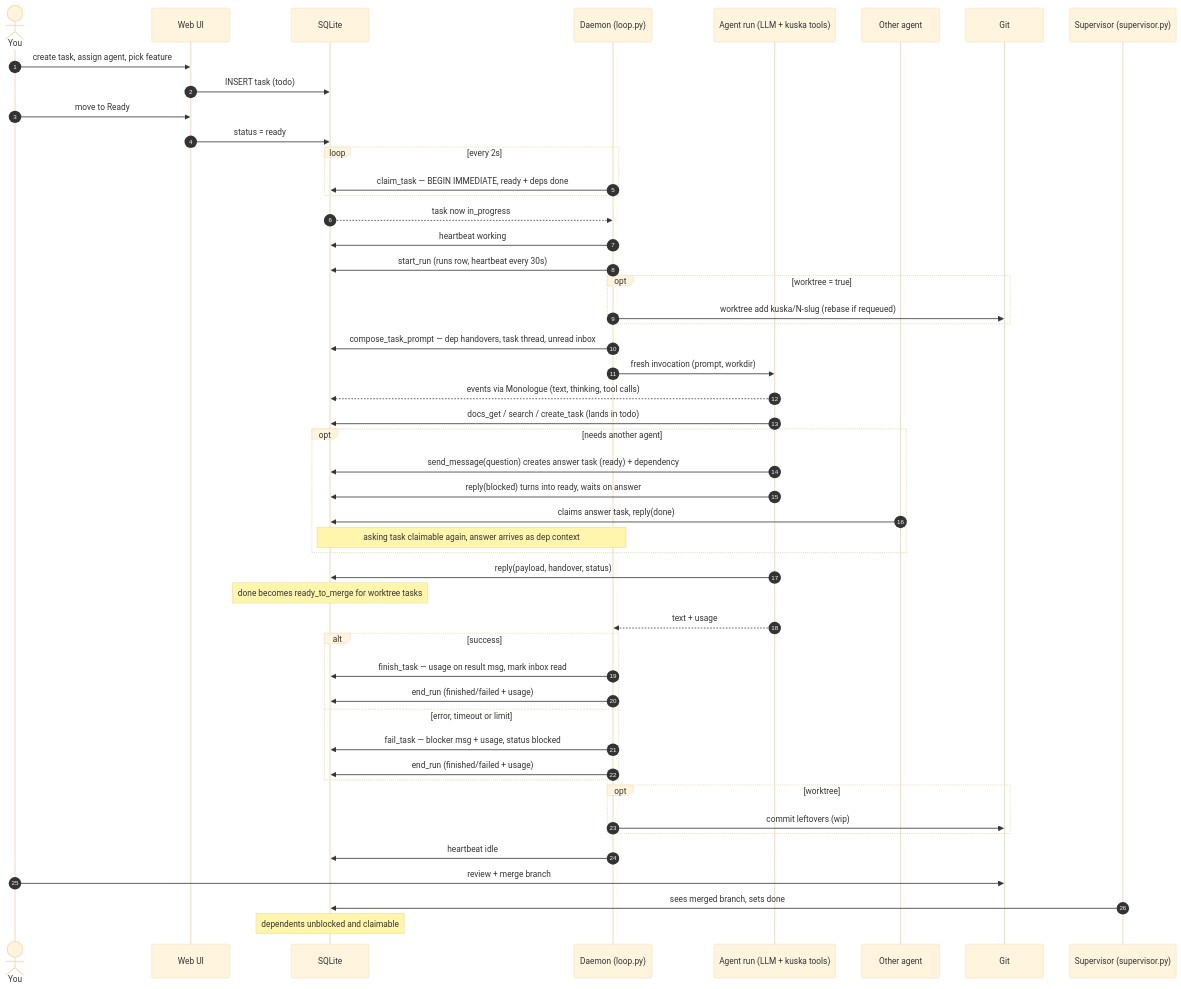
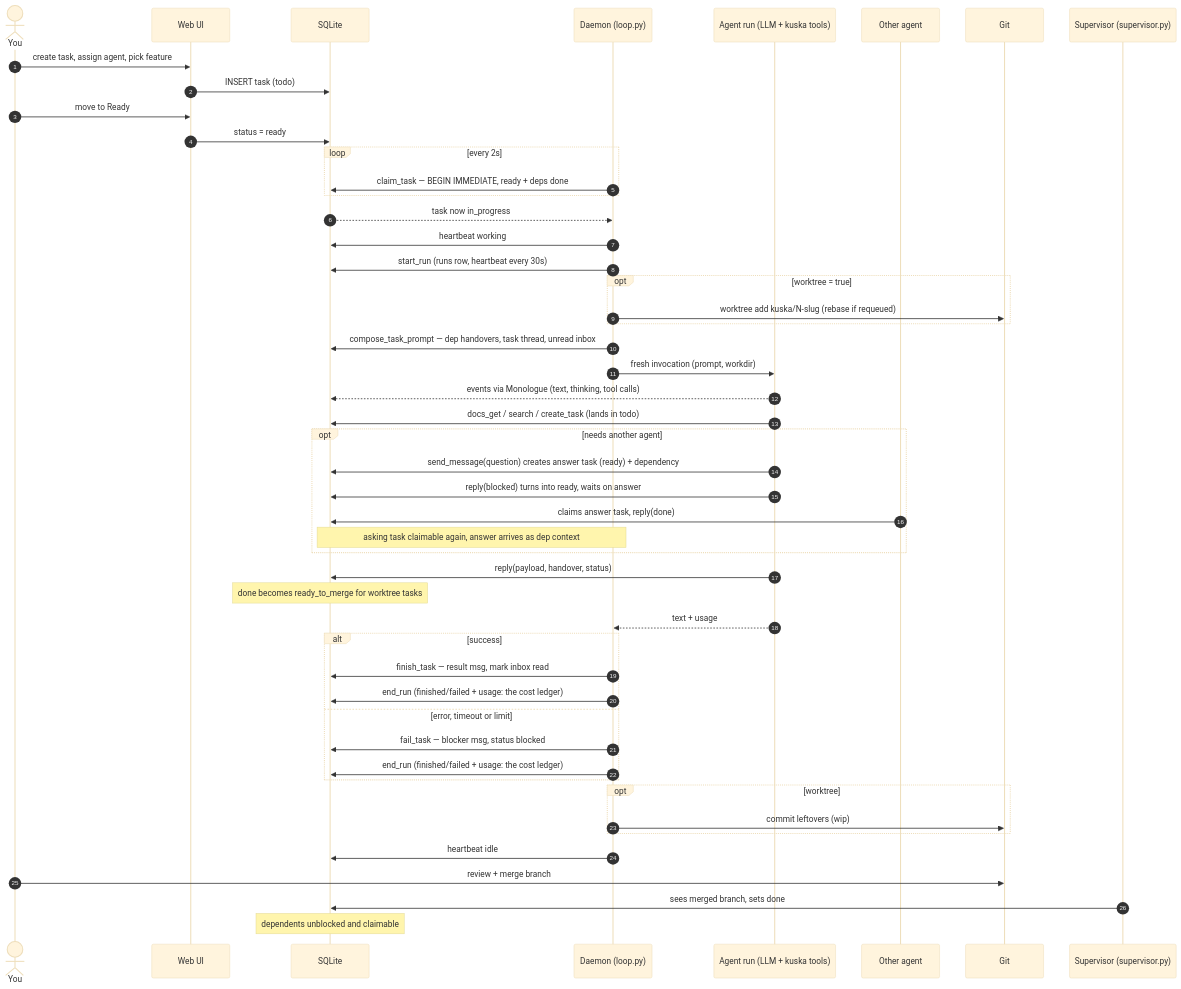
The first of 3 diagrams in docs/agents_flow.md (mberacochea/kuska), drawn with Mermaid (base theme) before and after one commit. The commit also changed other lines of this file and 13 other files, not shown here.

First line of the commit message:
Ledger: make runs the only cost ledger

````diff
--- a/docs/agents_flow.md
+++ b/docs/agents_flow.md
@@ -10,53 +10,53 @@
 ```mermaid
 sequenceDiagram
   autonumber
   actor H as You
   participant W as Web UI
   participant DB as SQLite
   participant D as Daemon (loop.py)
   participant A as Agent run (LLM + kuska tools)
   participant B as Other agent
   participant G as Git
   participant S as Supervisor (supervisor.py)
 
   H->>W: create task, assign agent, pick feature
   W->>DB: INSERT task (todo)
   H->>W: move to Ready
   W->>DB: status = ready
   loop every 2s
     D->>DB: claim_task — BEGIN IMMEDIATE, ready + deps done
   end
   DB-->>D: task now in_progress
   D->>DB: heartbeat working
   D->>DB: start_run (runs row, heartbeat every 30s)
   opt worktree = true
     D->>G: worktree add kuska/N-slug (rebase if requeued)
   end
   D->>DB: compose_task_prompt — dep handovers, task thread, unread inbox
   D->>A: fresh invocation (prompt, workdir)
   A-->>DB: events via Monologue (text, thinking, tool calls)
   A->>DB: docs_get / search / create_task (lands in todo)
   opt needs another agent
     A->>DB: send_message(question) creates answer task (ready) + dependency
     A->>DB: reply(blocked) turns into ready, waits on answer
     B->>DB: claims answer task, reply(done)
     Note over D,DB: asking task claimable again, answer arrives as dep context
   end
   A->>DB: reply(payload, handover, status)
   Note over DB: done becomes ready_to_merge for worktree tasks
   A-->>D: text + usage
   alt success
-    D->>DB: finish_task — usage on result msg, mark inbox read
-    D->>DB: end_run (finished/failed + usage)
+    D->>DB: finish_task — result msg, mark inbox read
+    D->>DB: end_run (finished/failed + usage: the cost ledger)
   else error, timeout or limit
-    D->>DB: fail_task — blocker msg + usage, status blocked
-    D->>DB: end_run (finished/failed + usage)
+    D->>DB: fail_task — blocker msg, status blocked
+    D->>DB: end_run (finished/failed + usage: the cost ledger)
   end
   opt worktree
     D->>G: commit leftovers (wip)
   end
   D->>DB: heartbeat idle
   H->>G: review + merge branch
   S->>DB: sees merged branch, sets done
   Note over DB: dependents unblocked and claimable
 ```
````
